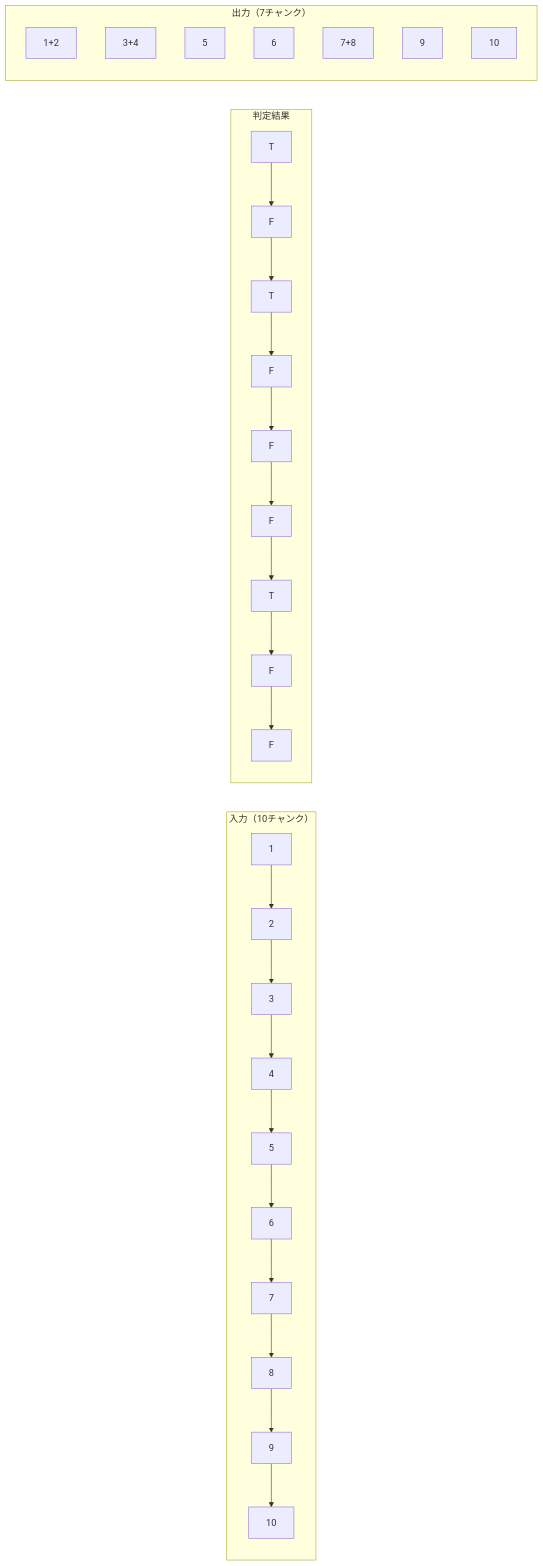
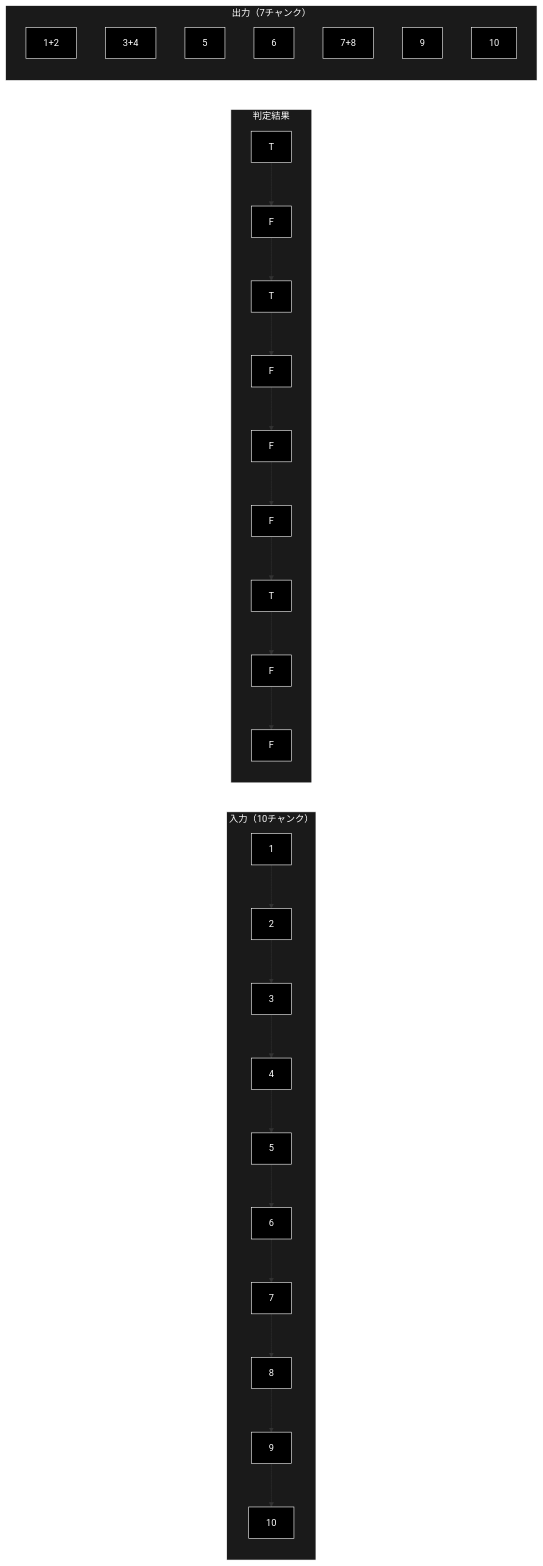
The sixth of 6 diagrams in chunking/doc/check_async.md (nakashima2toshio/ollama_grace_agent_v2), drawn with Mermaid before and after one commit. The commit also changed other lines of this file and 13 other files, not shown here.

````diff
--- a/chunking/doc/check_async.md
+++ b/chunking/doc/check_async.md
@@ -918,35 +956,41 @@
 ```mermaid
 flowchart LR
     subgraph INPUT["入力（10チャンク）"]
         C1[1] --> C2[2]
         C2 --> C3[3]
         C3 --> C4[4]
         C4 --> C5[5]
         C5 --> C6[6]
         C6 --> C7[7]
         C7 --> C8[8]
         C8 --> C9[9]
         C9 --> C10[10]
     end
 
     subgraph JUDGE["判定結果"]
         J1[T] --> J2[F]
         J2 --> J3[T]
         J3 --> J4[F]
         J4 --> J5[F]
         J5 --> J6[F]
         J6 --> J7[T]
         J7 --> J8[F]
         J8 --> J9[F]
     end
 
     subgraph OUTPUT["出力（7チャンク）"]
         O1[1+2]
         O2[3+4]
         O3[5]
         O4[6]
         O5[7+8]
         O6[9]
         O7[10]
     end
+classDef default fill:#000,stroke:#fff,color:#fff
+classDef subgraphStyle fill:#1a1a1a,stroke:#fff,color:#fff
+class C1,C2,C3,C4,C5,C6,C7,C8,C9,C10,J1,J2,J3,J4,J5,J6,J7,J8,J9,O1,O2,O3,O4,O5,O6,O7 default
+style INPUT fill:#1a1a1a,stroke:#fff,color:#fff
+style JUDGE fill:#1a1a1a,stroke:#fff,color:#fff
+style OUTPUT fill:#1a1a1a,stroke:#fff,color:#fff
 ```
````
